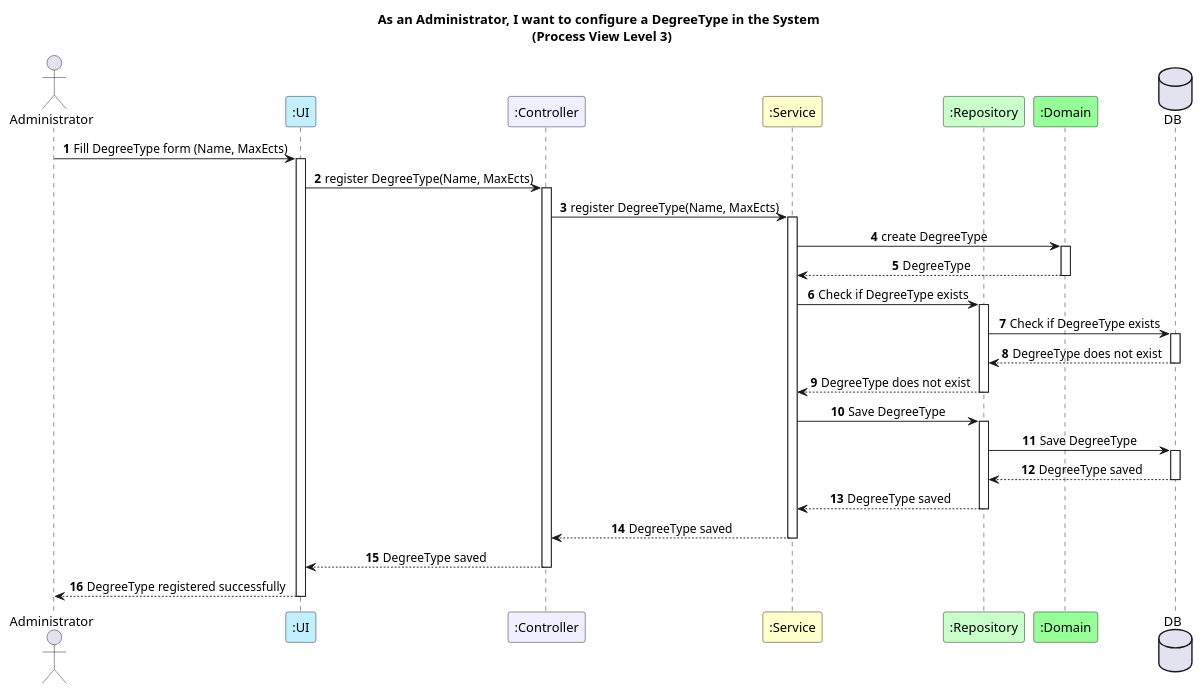
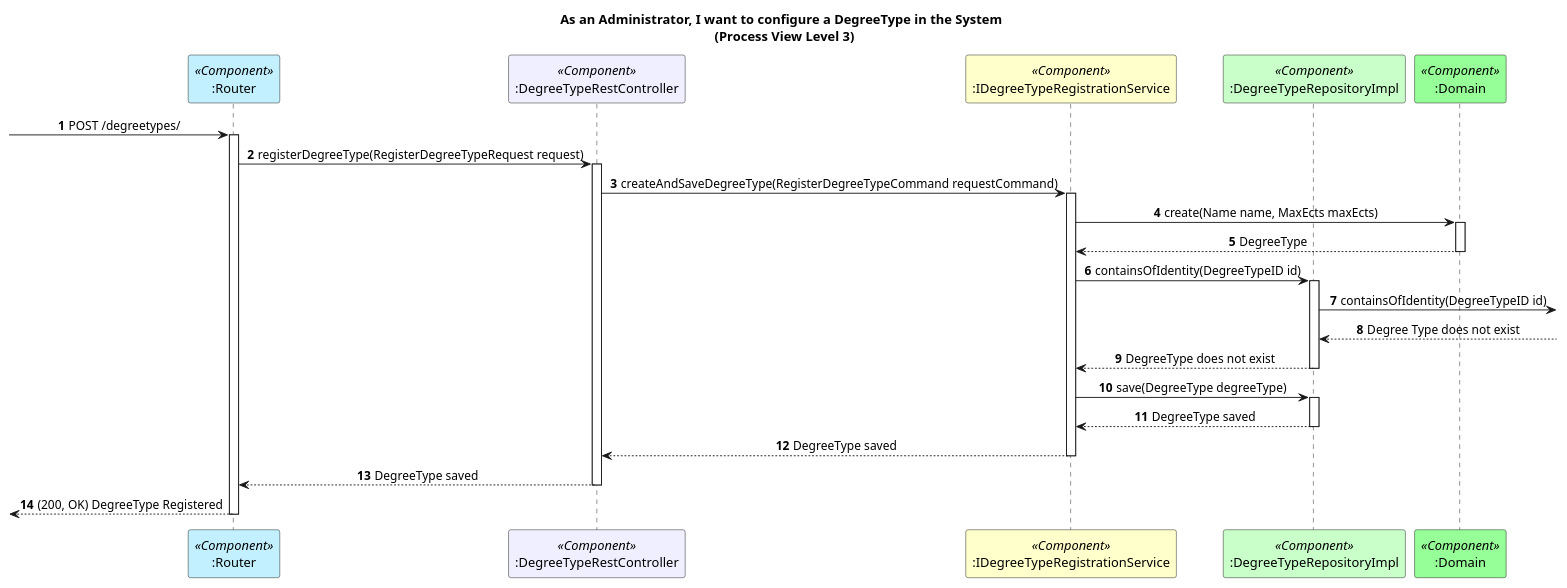
One commit to GasparISEP/DevOps-PAI changed the diagram in docs/US10/REST_API/ProcessView/Level3.puml. Above: the diagram before and after it, drawn with PlantUML.

Commit message:
Updated Process View Level3 for US10. #524

```diff
--- a/docs/US10/REST_API/ProcessView/Level3.puml
+++ b/docs/US10/REST_API/ProcessView/Level3.puml
@@ -1,62 +1,53 @@
 @startuml
 
 autonumber
 title As an Administrator, I want to configure a DegreeType in the System \n (Process View Level 3)
 
 skinparam sequenceMessageAlign center
 
-actor Administrator
-participant ":UI" as UI #application
-participant ":Controller" as Controller #motivation
-participant ":Service" as Service #business
-participant ":Repository" as Repo #technology
-participant ":Domain" as Domain #physical
-database DB
 
-Administrator -> UI : Fill DegreeType form (Name, MaxEcts)
-activate UI
-UI -> Controller : register DegreeType(Name, MaxEcts)
+participant ":Router" as Router <<Component>> #application
+participant ":DegreeTypeRestController" as Controller <<Component>> #motivation
+participant ":IDegreeTypeRegistrationService" as Service <<Component>> #business
+participant ":DegreeTypeRepositoryImpl" as Repo <<Component>> #technology
+participant ":Domain" as Domain <<Component>> #physical
+
+-> Router : POST /degreetypes/
+activate Router
+Router -> Controller : registerDegreeType(RegisterDegreeTypeRequest request)
 activate Controller
 
-Controller -> Service : register DegreeType(Name, MaxEcts)
+Controller -> Service : createAndSaveDegreeType(RegisterDegreeTypeCommand requestCommand)
 activate Service
 
-Service -> Domain : create DegreeType
+Service -> Domain : create(Name name, MaxEcts maxEcts)
 activate Domain
 Domain --> Service : DegreeType
 deactivate Domain
 
-Service -> Repo : Check if DegreeType exists
+Service -> Repo : containsOfIdentity(DegreeTypeID id)
 activate Repo
 
-Repo -> DB : Check if DegreeType exists
-activate DB
-
-DB --> Repo : DegreeType does not exist
-deactivate DB
+Repo ->  : containsOfIdentity(DegreeTypeID id)
+Repo <--  : Degree Type does not exist
 
 Repo --> Service : DegreeType does not exist
 deactivate Repo
 
-Service -> Repo : Save DegreeType
+Service -> Repo : save(DegreeType degreeType)
 activate Repo
-
-Repo -> DB : Save DegreeType
-activate DB
-
-DB --> Repo : DegreeType saved
-deactivate DB
 
 Repo --> Service : DegreeType saved
 deactivate Repo
 
 Service --> Controller : DegreeType saved
 deactivate Service
 
-Controller --> UI : DegreeType saved
+Controller --> Router : DegreeType saved
 deactivate Controller
 
-UI --> Administrator : DegreeType registered successfully
-deactivate UI
+<-- Router : (200, OK) DegreeType Registered
+deactivate Router
+
 
 @enduml
```
